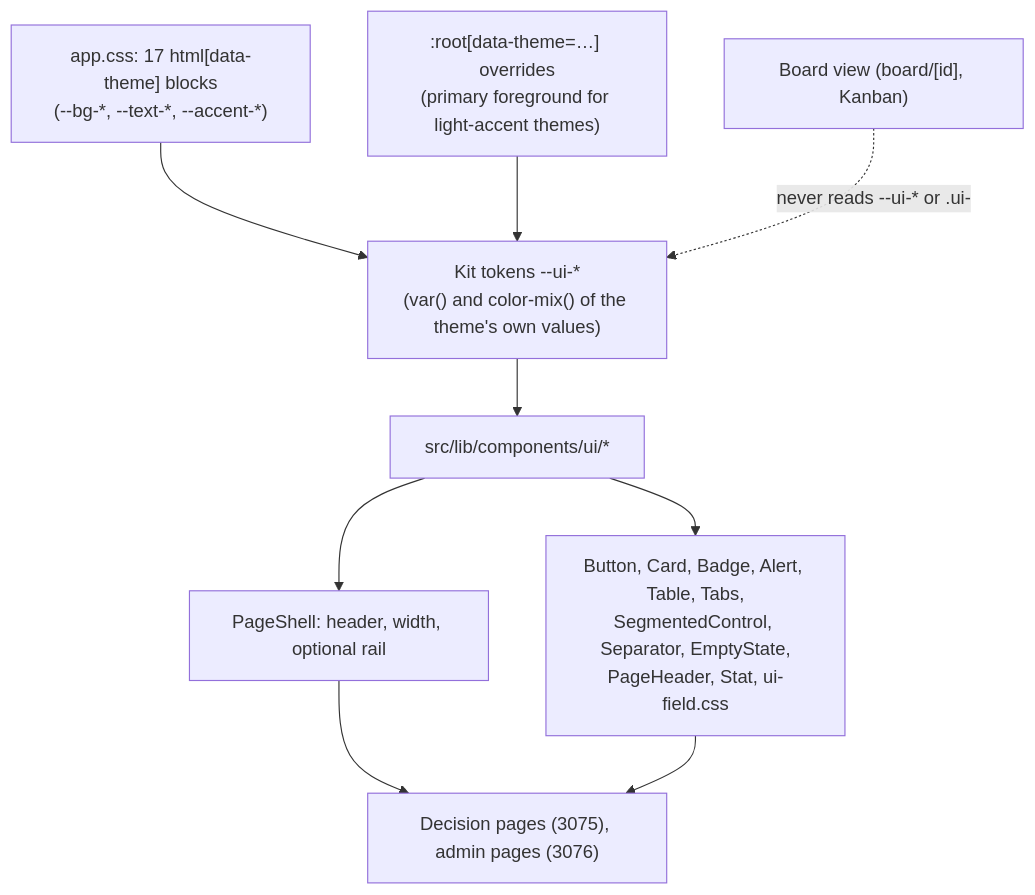
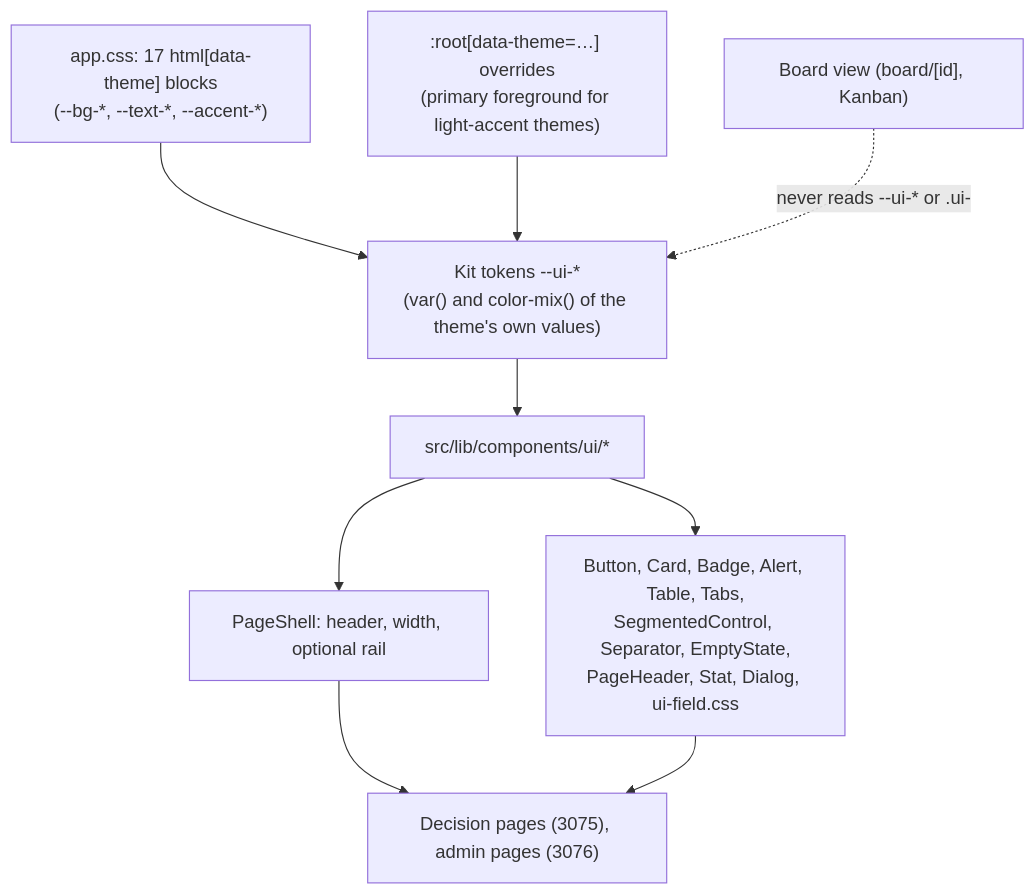
One commit to gitBoon/DumpFire changed the first of 6 diagrams in docs/ui-kit.md. Above: the diagram before and after it, drawn with Mermaid. The commit also changed other lines of this file and 33 other files, not shown here.

````diff
--- a/docs/ui-kit.md
+++ b/docs/ui-kit.md
@@ -29,11 +31,11 @@
 ```mermaid
 flowchart TB
     Themes["app.css: 17 html[data-theme] blocks<br/>(--bg-*, --text-*, --accent-*)"] --> Tokens["Kit tokens --ui-*<br/>(var() and color-mix() of the theme's own values)"]
     Overrides[":root[data-theme=…] overrides<br/>(primary foreground for light-accent themes)"] --> Tokens
     Tokens --> Kit["src/lib/components/ui/*"]
     Kit --> Shell["PageShell: header, width, optional rail"]
-    Kit --> Parts["Button, Card, Badge, Alert, Table, Tabs,<br/>SegmentedControl, Separator, EmptyState,<br/>PageHeader, Stat, ui-field.css"]
+    Kit --> Parts["Button, Card, Badge, Alert, Table, Tabs,<br/>SegmentedControl, Separator, EmptyState,<br/>PageHeader, Stat, Dialog, ui-field.css"]
     Shell --> Pages["Decision pages (3075), admin pages (3076)"]
     Parts --> Pages
     Board["Board view (board/[id], Kanban)"] -.->|"never reads --ui-* or .ui-"| Tokens
 ```
````
